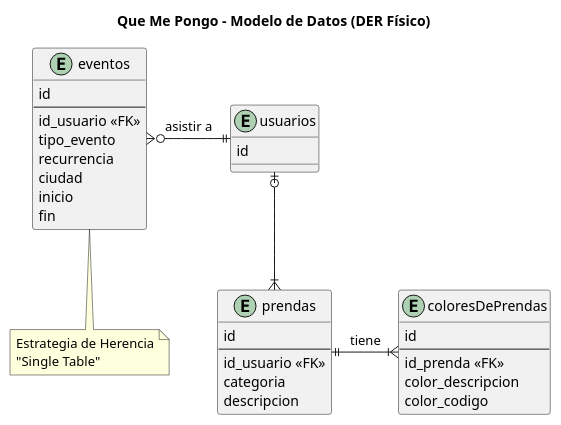
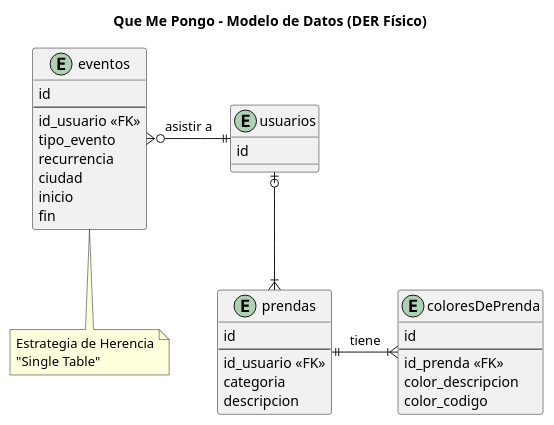
One commit to manu-utn/bitacora-diseno-de-sistemas changed the first of 3 diagrams in parciales/segundo-parcial/que-me-pongo.org. Above: the diagram before and after it, drawn with PlantUML. The commit also changed other lines of this file and 4 other files, not shown here.

```diff
--- a/parciales/segundo-parcial/que-me-pongo.org
+++ b/parciales/segundo-parcial/que-me-pongo.org
@@ -113,47 +158,51 @@
    #+BEGIN_SRC plantuml :file img/parcial-qmp-1.png :exports results
      @startuml
      title Que Me Pongo - Modelo de Datos (DER Físico)
      entity eventos{
          id
          --
          id_usuario <<FK>>
          tipo_evento
          recurrencia
          ciudad
          inicio
          fin
      }
      note bottom of eventos
      Estrategia de Herencia
      "Single Table"
      end note
      
      entity usuarios{
          id
      
      }
      
      entity prendas{
          id
          --
          id_usuario <<FK>>
          categoria
          descripcion
      }
      
-     entity coloresDePrendas{
+     entity coloresDePrenda{
          id
          --
          id_prenda <<FK>>
          color_descripcion
          color_codigo
      }
      
      
-     eventos }o-right-|| usuarios : asistir a
+     '---------------------------------------
+     ' Relaciones
+     '---------------------------------------
      
-     usuarios |o-down-|{ prendas
+     eventos     }o-right-|| usuarios : asistir a
      
-     prendas ||-right-|{ coloresDePrendas : tiene
+     usuarios    |o-down-|{ prendas
+     
+     prendas     ||-right-|{ coloresDePrenda : tiene
      @enduml
    #+END_SRC
```
